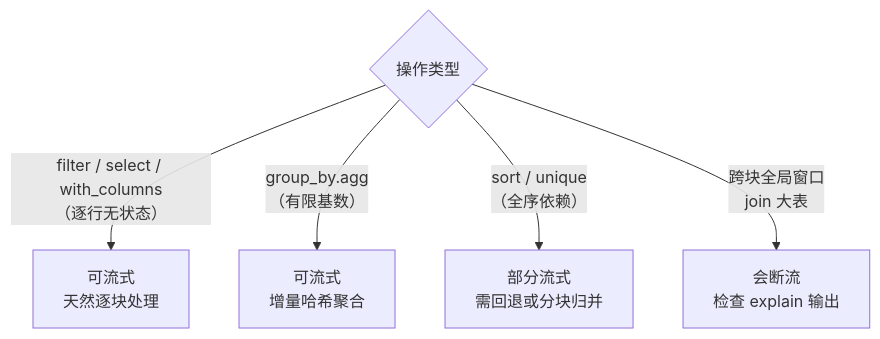
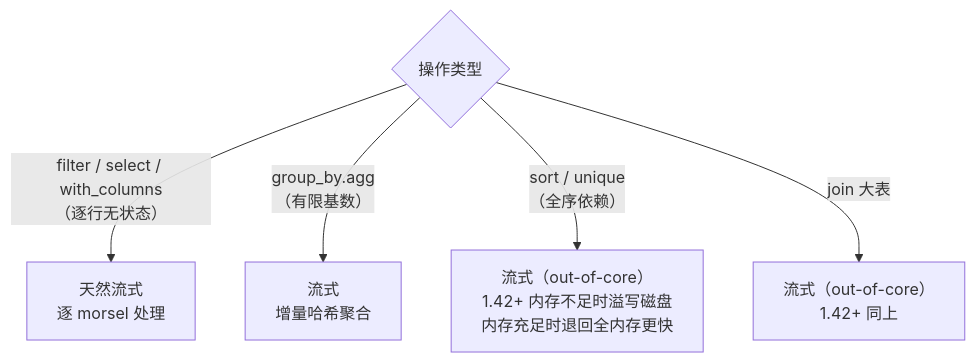
The second of 2 diagrams in src/chapter_08/streaming.md (jtcheng/polars-book), drawn with Mermaid before and after one commit. The commit also changed other lines of this file and 18 other files, not shown here.

````diff
--- a/src/chapter_08/streaming.md
+++ b/src/chapter_08/streaming.md
@@ -77,7 +78,7 @@
 ```mermaid
 flowchart TD
-    OP{"操作类型"} -->|"filter / select / with_columns<br/>（逐行无状态）"| YES["可流式<br/>天然逐块处理"]
-    OP -->|"group_by.agg<br/>（有限基数）"| YES2["可流式<br/>增量哈希聚合"]
-    OP -->|"sort / unique<br/>（全序依赖）"| PART["部分流式<br/>需回退或分块归并"]
-    OP -->|"跨块全局窗口<br/>join 大表"| NO["会断流<br/>检查 explain 输出"]
+    OP{"操作类型"} -->|"filter / select / with_columns<br/>（逐行无状态）"| YES["天然流式<br/>逐 morsel 处理"]
+    OP -->|"group_by.agg<br/>（有限基数）"| YES2["流式<br/>增量哈希聚合"]
+    OP -->|"sort / unique<br/>（全序依赖）"| OOC["流式（out-of-core）<br/>1.42+ 内存不足时溢写磁盘<br/>内存充足时退回全内存更快"]
+    OP -->|"join 大表"| OOC2["流式（out-of-core）<br/>1.42+ 同上"]
 ```
````
